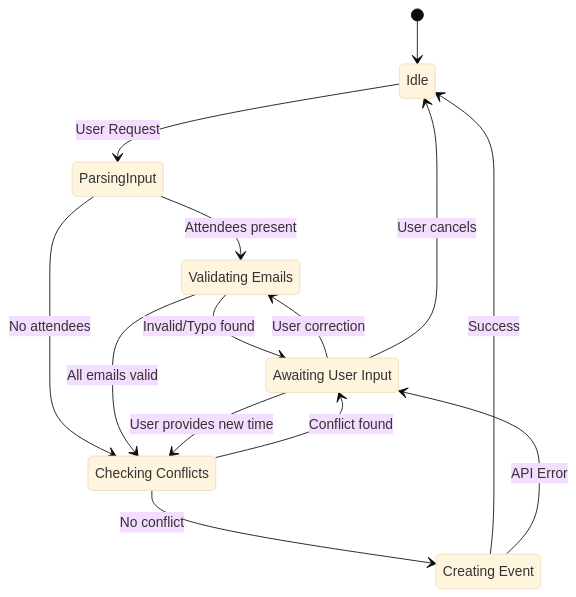
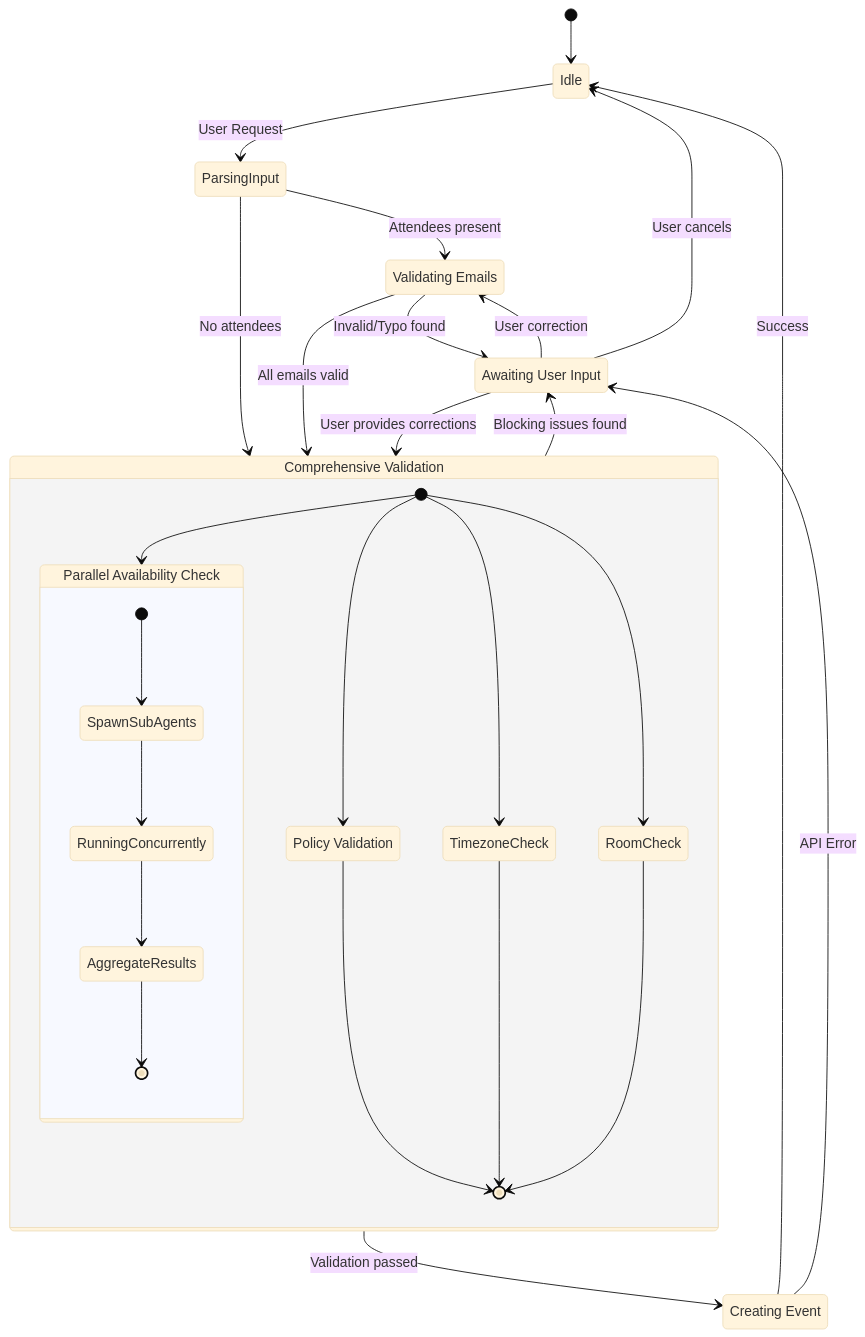
The third of 8 diagrams in docs/agent_diagrams.md (TheCapstoneTeam/calender_agent), drawn with Mermaid (base theme) before and after one commit. The commit also changed other lines of this file and 22 other files, not shown here.

````diff
--- a/docs/agent_diagrams.md
+++ b/docs/agent_diagrams.md
@@ -53,27 +102,47 @@
 ```mermaid
 stateDiagram-v2
     [*] --> Idle
 
     Idle --> ParsingInput: User Request
     
     state "Validating Emails" as Validate
-    state "Checking Conflicts" as Check
+    state "Comprehensive Validation" as CompValidate
+    state "Parallel Availability Check" as ParallelCheck
+    state "Policy Validation" as PolicyValidate
     state "Creating Event" as Create
     state "Awaiting User Input" as Await
 
     ParsingInput --> Validate: Attendees present
-    ParsingInput --> Check: No attendees
+    ParsingInput --> CompValidate: No attendees
 
     Validate --> Await: Invalid/Typo found
     Await --> Validate: User correction
-    Validate --> Check: All emails valid
+    Validate --> CompValidate: All emails valid
 
-    Check --> Await: Conflict found
-    Await --> Check: User provides new time
-    Check --> Create: No conflict
+    state CompValidate {
+        [*] --> ParallelCheck
+        [*] --> PolicyValidate
+        [*] --> TimezoneCheck
+        [*] --> RoomCheck
+        
+        state ParallelCheck {
+            [*] --> SpawnSubAgents
+            SpawnSubAgents --> RunningConcurrently
+            RunningConcurrently --> AggregateResults
+            AggregateResults --> [*]
+        }
+        
+        PolicyValidate --> [*]
+        TimezoneCheck --> [*]
+        RoomCheck --> [*]
+    }
+
+    CompValidate --> Await: Blocking issues found
+    CompValidate --> Create: Validation passed
+    Await --> CompValidate: User provides corrections
 
     Create --> Idle: Success
     Create --> Await: API Error
 
     Await --> Idle: User cancels
 ```
````
